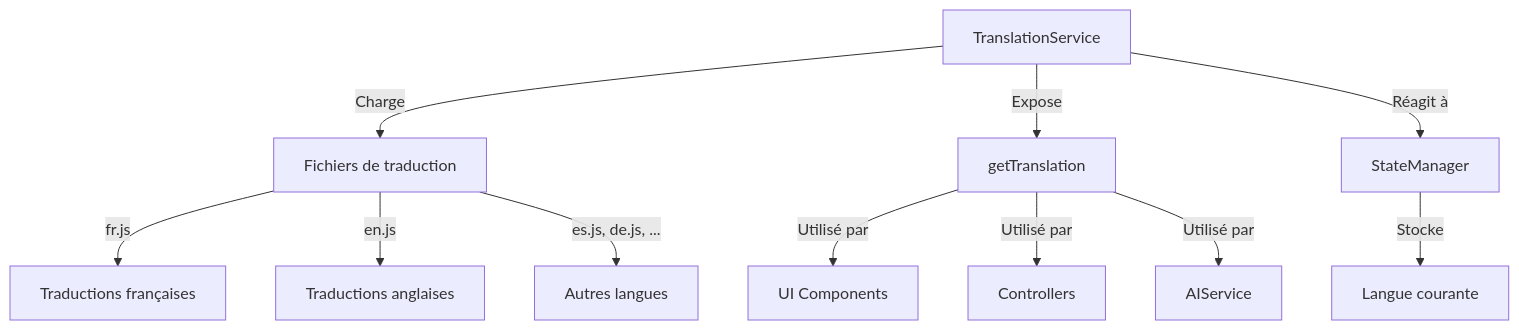
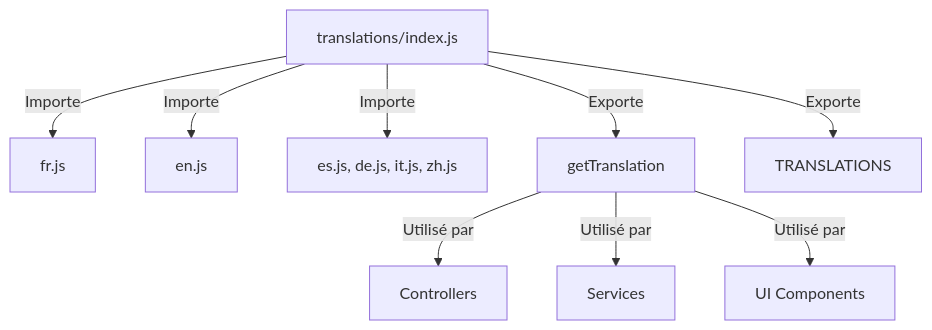
Before and after one commit to habib256/jodotarot: the diagram in docs/composants/traduction.md, drawn with Mermaid. The commit also changed other lines of this file and 27 other files, not shown here.

````diff
--- a/docs/composants/traduction.md
+++ b/docs/composants/traduction.md
@@ -22,13 +22,11 @@
 ```mermaid
 graph TD
-    A[TranslationService] -->|Charge| B[Fichiers de traduction]
-    B -->|fr.js| C[Traductions françaises]
-    B -->|en.js| D[Traductions anglaises]
-    B -->|es.js, de.js, ...| E[Autres langues]
-    A -->|Expose| F[getTranslation]
-    A -->|Réagit à| G[StateManager]
-    G -->|Stocke| H[Langue courante]
-    F -->|Utilisé par| I[UI Components]
-    F -->|Utilisé par| J[Controllers]
-    F -->|Utilisé par| K[AIService]
+    A[translations/index.js] -->|Importe| B[fr.js]
+    A -->|Importe| C[en.js]
+    A -->|Importe| D[es.js, de.js, it.js, zh.js]
+    A -->|Exporte| E[getTranslation]
+    A -->|Exporte| F[TRANSLATIONS]
+    E -->|Utilisé par| G[Controllers]
+    E -->|Utilisé par| H[Services]
+    E -->|Utilisé par| I[UI Components]
 ```
````
